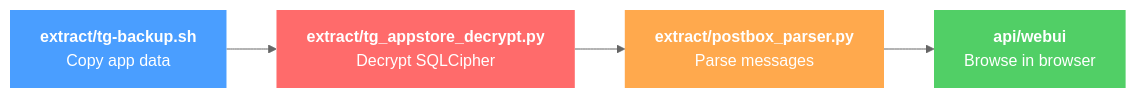
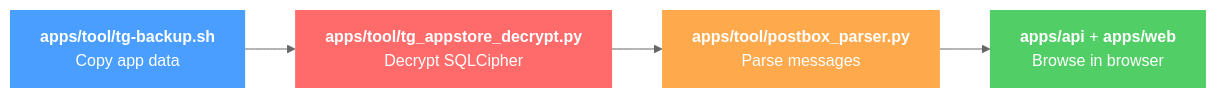
Before and after one commit to kolezka/telegram-data-viewer: the diagram in README.md, drawn with Mermaid (neutral theme). The commit also changed other lines of this file and 79 other files, not shown here.

First line of the commit message:
refactor: flatten into apps/{api,web,tool} monorepo + TG-VIEWER banner

````diff
--- a/README.md
+++ b/README.md
@@ -9,11 +23,11 @@
 ```mermaid
 flowchart LR
-    A["<b>extract/tg-backup.sh</b><br/>Copy app data"] --> B["<b>extract/tg_appstore_decrypt.py</b><br/>Decrypt SQLCipher"]
-    B --> C["<b>extract/postbox_parser.py</b><br/>Parse messages"]
-    C --> D["<b>api/webui</b><br/>Browse in browser"]
+    A["<b>apps/tool/tg-backup.sh</b><br/>Copy app data"] --> B["<b>apps/tool/tg_appstore_decrypt.py</b><br/>Decrypt SQLCipher"]
+    B --> C["<b>apps/tool/postbox_parser.py</b><br/>Parse messages"]
+    C --> D["<b>apps/api</b> + <b>apps/web</b><br/>Browse in browser"]
 
     style A fill:#4a9eff,color:#fff,stroke:none
     style B fill:#ff6b6b,color:#fff,stroke:none
     style C fill:#ffa94d,color:#fff,stroke:none
     style D fill:#51cf66,color:#fff,stroke:none
 ```
````
